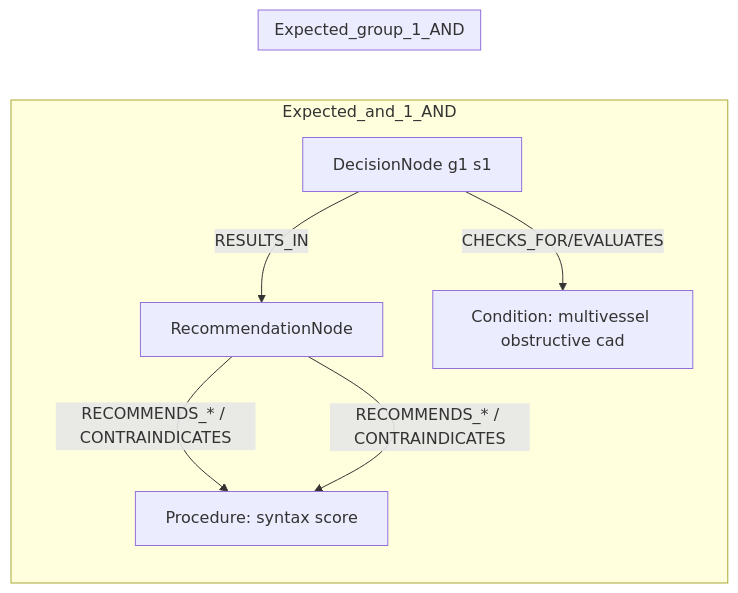
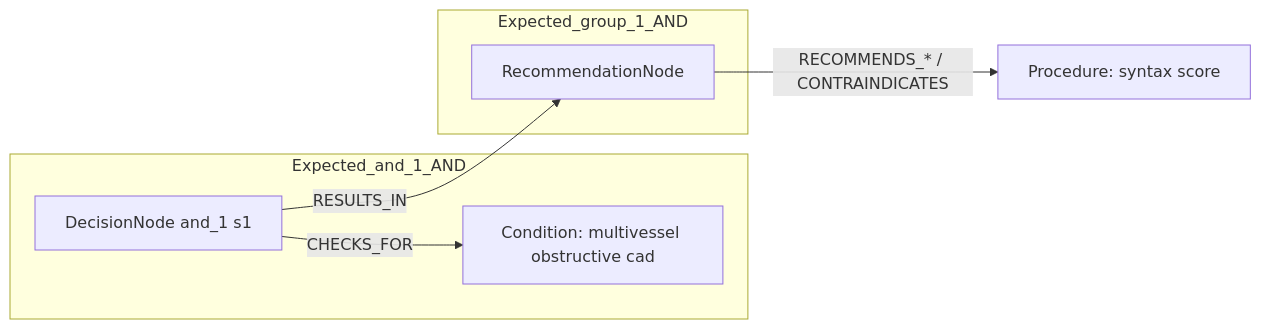
The first of 2 diagrams in docs/table22_rows/row_15.md (dieterich-lab/CardioGuidelinesGraph), drawn with Mermaid before and after one commit. The commit also changed other lines of this file and 18 other files, not shown here.

Commit message:
Update mermaid diagrams.

````diff
--- a/docs/table22_rows/row_15.md
+++ b/docs/table22_rows/row_15.md
@@ -220,18 +220,15 @@
 ```mermaid
 graph LR
+  REC[RecommendationNode]
+  ACT1[Procedure: syntax score]
+  REC -->|RECOMMENDS_* / CONTRAINDICATES| ACT1
   subgraph Expected_and_1_AND
-    REC[RecommendationNode]
-    D1[DecisionNode g1 s1]
-    C1[Condition: multivessel obstructive cad]
-    D1 -->|CHECKS_FOR/EVALUATES| C1
-    D1 -->|RESULTS_IN| REC
-    ACT1[Procedure: syntax score]
-    REC -->|RECOMMENDS_* / CONTRAINDICATES| ACT1
+    D_and_1_1[DecisionNode and_1 s1]
+    C_and_1_1[Condition: multivessel obstructive cad]
+    D_and_1_1 -->|CHECKS_FOR| C_and_1_1
   end
   subgraph Expected_group_1_AND
-    REC[RecommendationNode]
     REC
-    ACT1[Procedure: syntax score]
-    REC -->|RECOMMENDS_* / CONTRAINDICATES| ACT1
   end
+  D_and_1_1 -->|RESULTS_IN| REC
 ```
````
